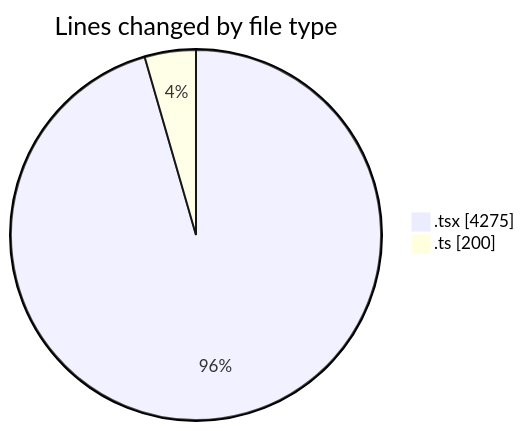
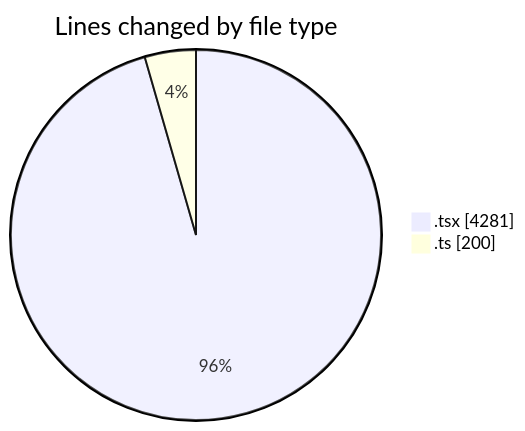
The first of 2 diagrams in 2026-05-24/nxtqube_webapp/README.md (nxtqubesakshisongat/code-tracking), drawn with Mermaid before and after one commit. The commit also changed other lines of this file and 1 other file, not shown here.

````diff
--- a/2026-05-24/nxtqube_webapp/README.md
+++ b/2026-05-24/nxtqube_webapp/README.md
@@ -25,6 +25,6 @@
 ```mermaid
 pie showData
 title Lines changed by file type
-".tsx" : 4275
+".tsx" : 4281
 ".ts" : 200
 ```
````
